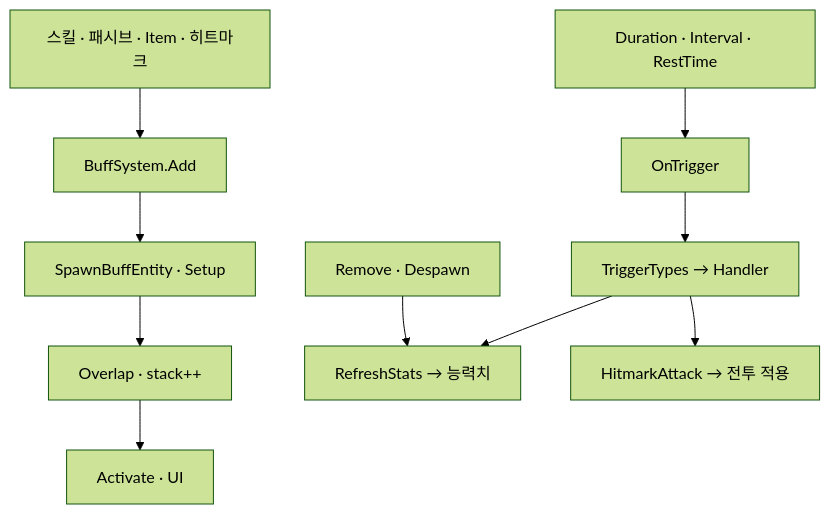
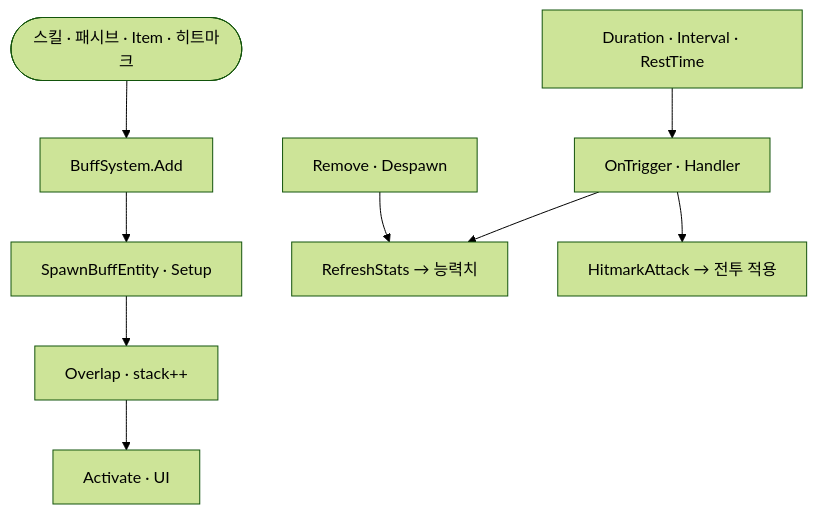
The diagram in notes/dragon-combat-buff-bridge.md (monet5379/monet5379.github.io), drawn with Mermaid (forest theme) before and after one commit. The commit also changed 7 other files, not shown here.

Commit message:
fix(notes): dragon-combat How Mermaid visual contract

````diff
--- a/notes/dragon-combat-buff-bridge.md
+++ b/notes/dragon-combat-buff-bridge.md
@@ -46,12 +46,12 @@
 ```mermaid
 flowchart TD
-  P["스킬 · 패시브 · Item · 히트마크"] --> AD["BuffSystem.Add"]
+  P(["스킬 · 패시브 · Item · 히트마크"])
+  P --> AD["BuffSystem.Add"]
   AD --> SP["SpawnBuffEntity · Setup"]
   SP --> OV["Overlap · stack++"]
   OV --> ACT["Activate · UI"]
-  DUR["Duration · Interval · RestTime"] --> TRG["OnTrigger"]
-  TRG --> H["TriggerTypes → Handler"]
-  H --> ST["RefreshStats → 능력치"]
-  H --> CM["HitmarkAttack → 전투 적용"]
+  DUR["Duration · Interval · RestTime"] --> TRG["OnTrigger · Handler"]
+  TRG --> ST["RefreshStats → 능력치"]
+  TRG --> CM["HitmarkAttack → 전투 적용"]
   RM["Remove · Despawn"] --> ST
 ```
````
